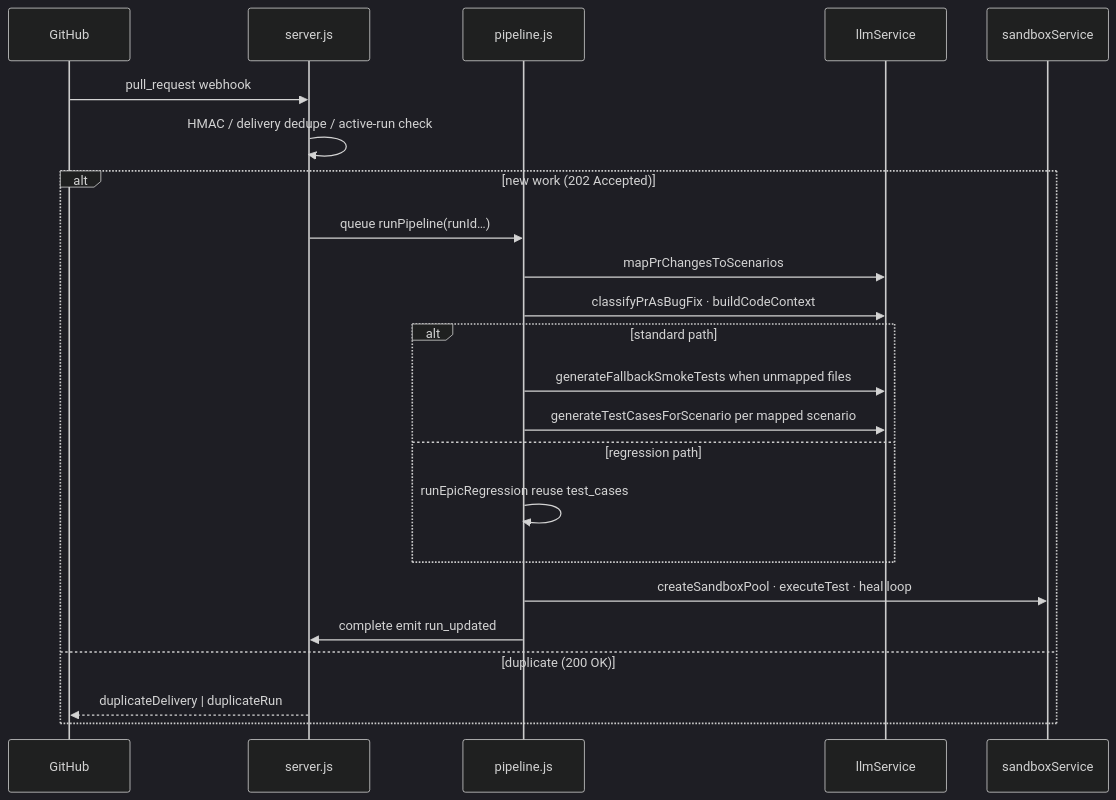
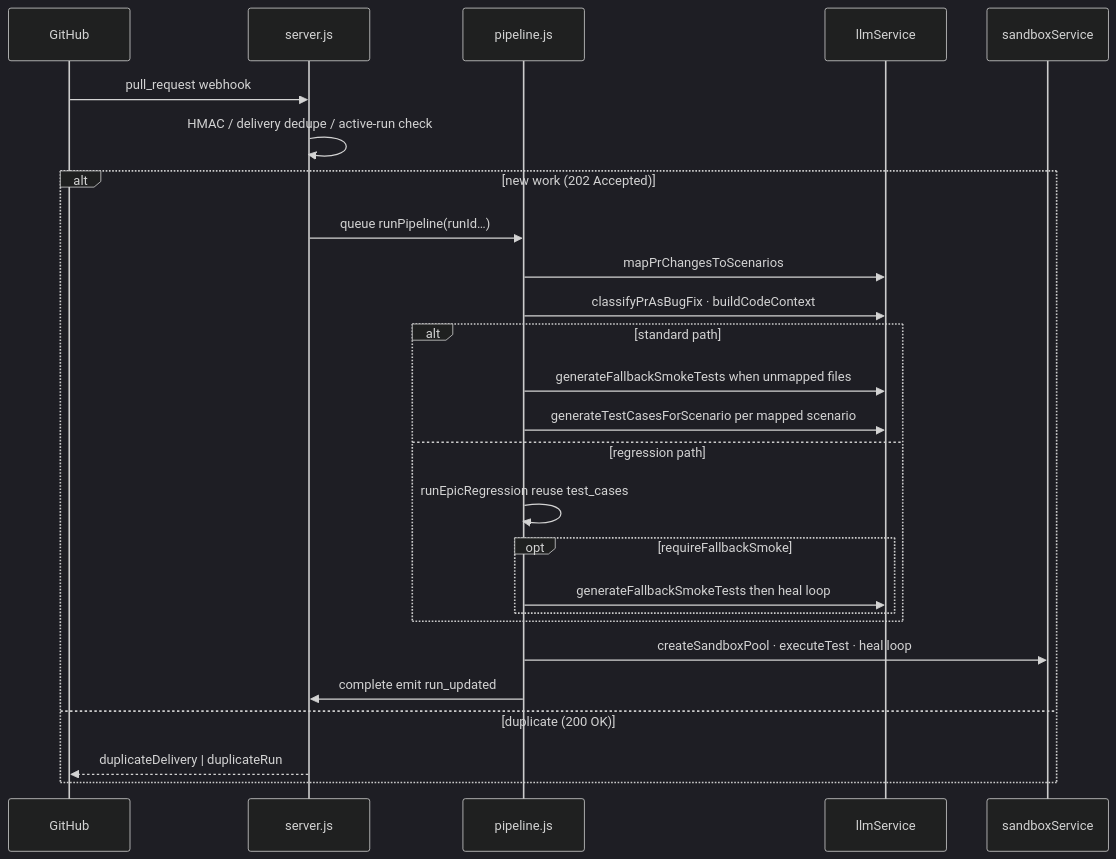
One commit to JosephCK21/QAPipeline changed the second of 2 diagrams in README.md. Above: the diagram before and after it, drawn with Mermaid (dark theme). The commit also changed other lines of this file and 15 other files, not shown here.

````diff
--- a/README.md
+++ b/README.md
@@ -115,25 +115,28 @@
 ```mermaid
 sequenceDiagram
   participant GH as GitHub
   participant S as server.js
   participant P as pipeline.js
   participant L as llmService
   participant D as sandboxService
   GH->>S: pull_request webhook
   S->>S: HMAC / delivery dedupe / active-run check
   alt new work (202 Accepted)
     S->>P: queue runPipeline(runId…)
     P->>L: mapPrChangesToScenarios
     P->>L: classifyPrAsBugFix · buildCodeContext
     alt standard path
       P->>L: generateFallbackSmokeTests when unmapped files
       P->>L: generateTestCasesForScenario per mapped scenario
     else regression path
       P->>P: runEpicRegression reuse test_cases
+      opt requireFallbackSmoke
+        P->>L: generateFallbackSmokeTests then heal loop
+      end
     end
     P->>D: createSandboxPool · executeTest · heal loop
     P->>S: complete emit run_updated
   else duplicate (200 OK)
     S-->>GH: duplicateDelivery | duplicateRun
   end
 ```
````
